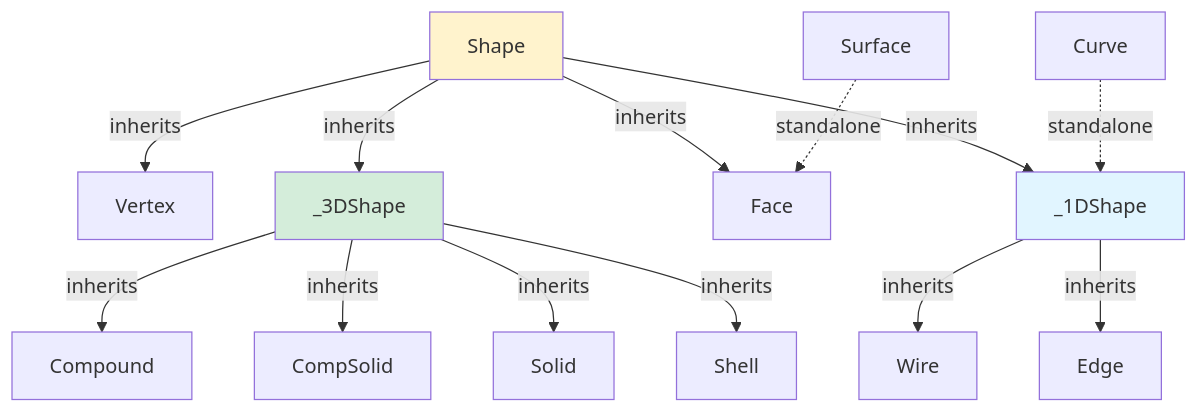
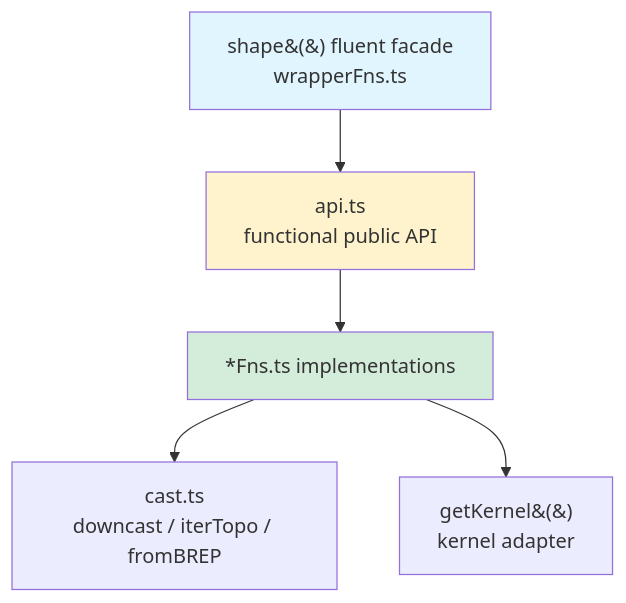
Before and after one commit to ehtick/brepjs: the diagram in src/topology/README.md, drawn with Mermaid. The commit also changed other lines of this file and 1 other file, not shown here.

First line of the commit message:
docs(topology): refresh README + CLAUDE.md to match functional API (#1052)

````diff
--- a/src/topology/README.md
+++ b/src/topology/README.md
@@ -5,20 +7,11 @@
 ```mermaid
 graph TD
-    A[Shape] -->|inherits| B[Vertex]
-    A -->|inherits| C[_1DShape]
-    C -->|inherits| D[Edge]
-    C -->|inherits| E[Wire]
-    A -->|inherits| F[Face]
-    A -->|inherits| G[_3DShape]
-    G -->|inherits| H[Shell]
-    G -->|inherits| I[Solid]
-    G -->|inherits| J[CompSolid]
-    G -->|inherits| K[Compound]
+    A[shape&#40;&#41; fluent facade<br/>wrapperFns.ts] --> B[api.ts<br/>functional public API]
+    B --> C[*Fns.ts implementations]
+    C --> D[cast.ts<br/>downcast / iterTopo / fromBREP]
+    C --> E[getKernel&#40;&#41;<br/>kernel adapter]
 
-    L[Curve] -.standalone.-> C
-    M[Surface] -.standalone.-> F
-
-    style A fill:#fff3cd
-    style G fill:#d4edda
-    style C fill:#e1f5ff
+    style A fill:#e1f5ff
+    style B fill:#fff3cd
+    style C fill:#d4edda
 ```
````
